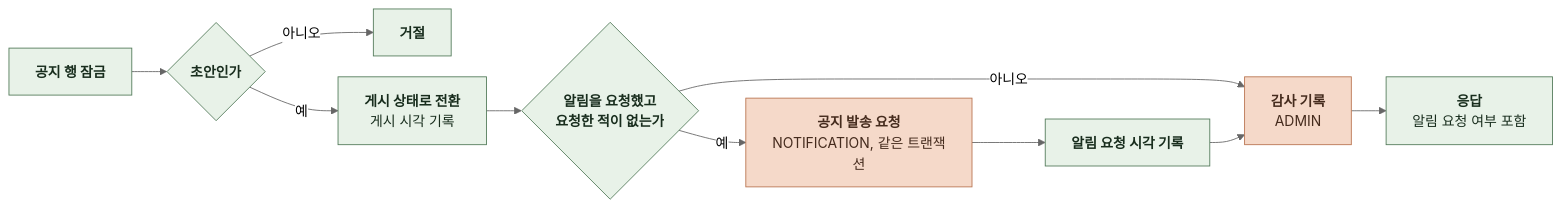
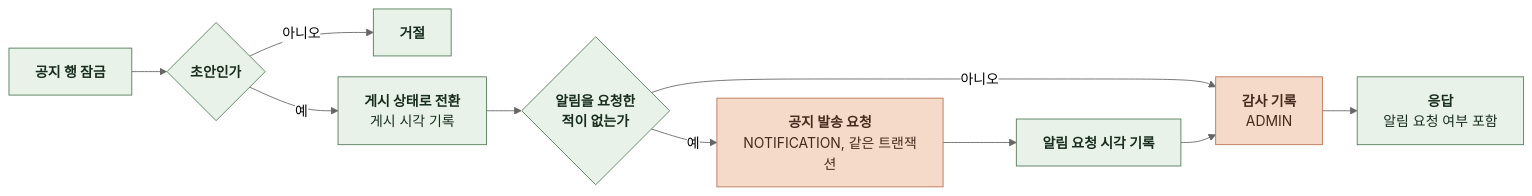
One commit to KIM-N-KANG/knk-harness changed the third of 6 diagrams in docs/domain/NOTICE/BACKEND/4-1-PIPELINES.md. Above: the diagram before and after it, drawn with Mermaid (neutral theme). The commit also changed other lines of this file and 25 other files, not shown here.

````diff
--- a/docs/domain/NOTICE/BACKEND/4-1-PIPELINES.md
+++ b/docs/domain/NOTICE/BACKEND/4-1-PIPELINES.md
@@ -72,22 +73,22 @@
 ```mermaid
 %%{init: {"flowchart": {"curve": "basis", "nodeSpacing": 24, "rankSpacing": 40}}}%%
 flowchart LR
     A["`**공지 행 잠금**`"] --> B{"`**초안인가**`"}
     B -->|아니오| X["`**거절**`"]
     B -->|예| C["`**게시 상태로 전환**
 게시 시각 기록`"]
-    C --> D{"`**알림을 요청했고
-요청한 적이 없는가**`"}
+    C --> D{"`**알림을 요청한
+적이 없는가**`"}
     D -->|예| E["`**공지 발송 요청**
 NOTIFICATION, 같은 트랜잭션`"]
     E --> F["`**알림 요청 시각 기록**`"]
     D -->|아니오| G["`**감사 기록**
 ADMIN`"]
     F --> G
     G --> H["`**응답**
 알림 요청 여부 포함`"]
     classDef comp fill:#E8F2E8,stroke:#527A59,color:#182D1D
     classDef task fill:#F5D9C9,stroke:#B97450,color:#452B1D
     class A,B,C,D,F,H,X comp
     class E,G task
 ```
````
